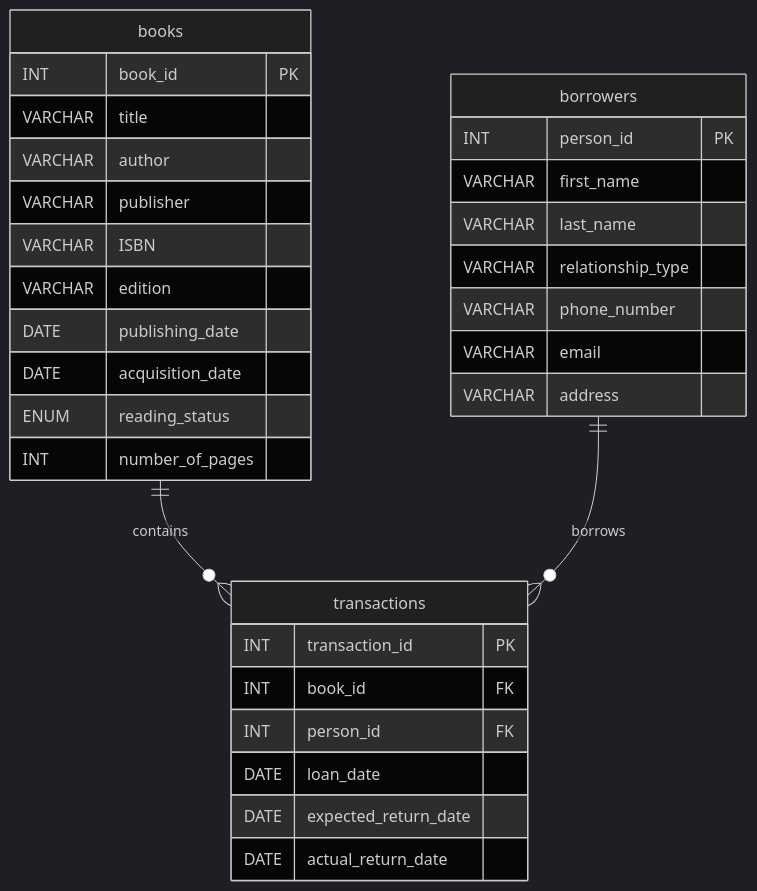
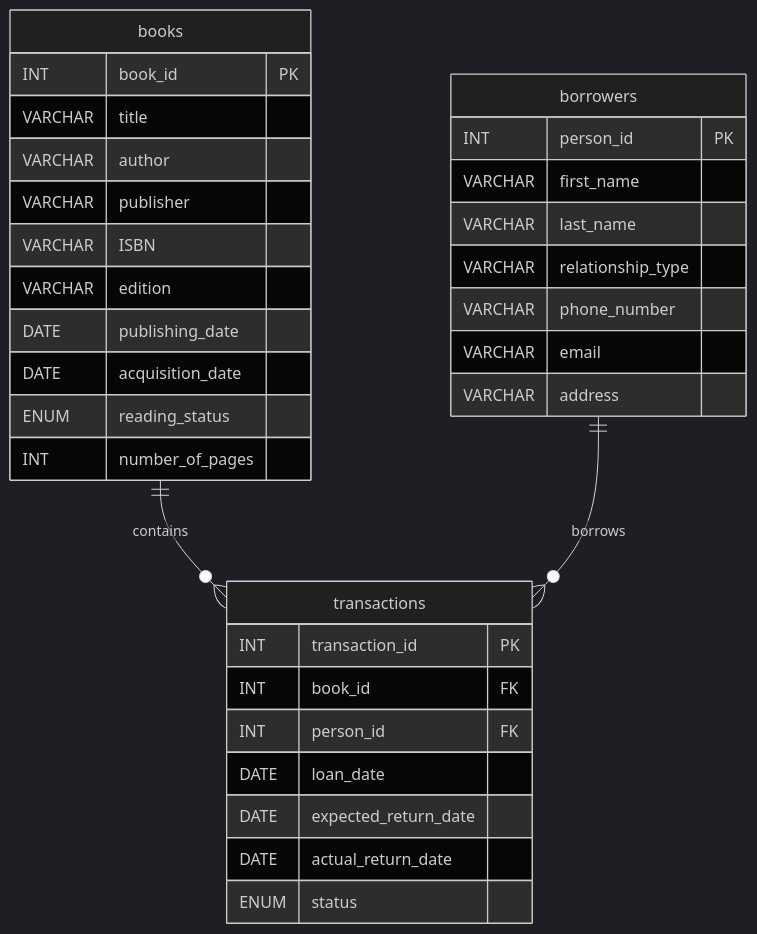
Before and after one commit to jeorgesilva/lianes-library: the diagram in README.md, drawn with Mermaid (dark theme). The commit also changed other lines of this file, not shown here.

````diff
--- a/README.md
+++ b/README.md
@@ -102,37 +121,38 @@
 ```mermaid
 erDiagram
     books {
         INT book_id PK
         VARCHAR title
         VARCHAR author
         VARCHAR publisher
         VARCHAR ISBN
         VARCHAR edition
         DATE publishing_date
         DATE acquisition_date
         ENUM reading_status
         INT number_of_pages
     }
 
     borrowers {
         INT person_id PK
         VARCHAR first_name
         VARCHAR last_name
         VARCHAR relationship_type
         VARCHAR phone_number
         VARCHAR email
         VARCHAR address
     }
 
     transactions {
         INT transaction_id PK
         INT book_id FK
         INT person_id FK
         DATE loan_date
         DATE expected_return_date
         DATE actual_return_date
+        ENUM status
     }
 
     books ||--o{ transactions : contains
     borrowers ||--o{ transactions : borrows
 ```
````
